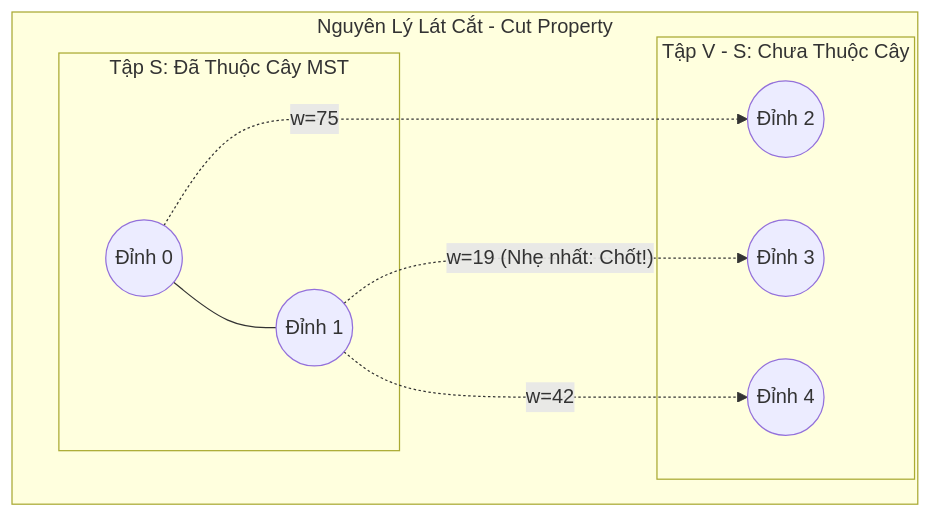
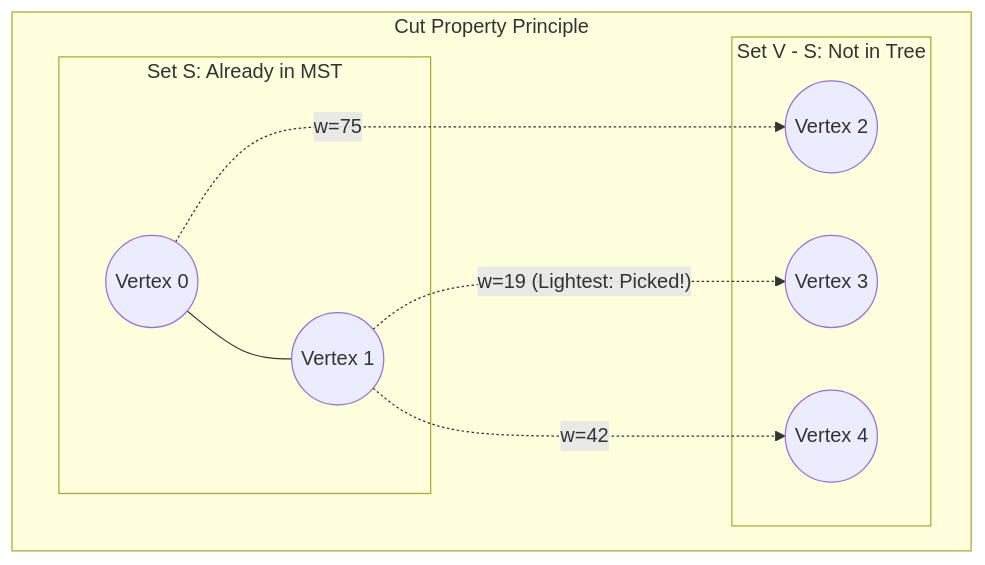
The diagram in src/data/blog/en/45-2026-06-11-prims-minimum-spanning-tree-priority-queue-cut-property-cpp.md (ga2631/ga2631.github.io), drawn with Mermaid before and after one commit. The commit also changed other lines of this file and 74 other files, not shown here.

````diff
--- a/src/data/blog/en/45-2026-06-11-prims-minimum-spanning-tree-priority-queue-cut-property-cpp.md
+++ b/src/data/blog/en/45-2026-06-11-prims-minimum-spanning-tree-priority-queue-cut-property-cpp.md
@@ -48,20 +47,20 @@
 ```mermaid
 graph TD
-    subgraph CutDivision ["Nguyên Lý Lát Cắt - Cut Property"]
-        subgraph SetS ["Tập S: Đã Thuộc Cây MST"]
-            Node0((Đỉnh 0))
-            Node1((Đỉnh 1))
+    subgraph CutDivision ["Cut Property Principle"]
+        subgraph SetS ["Set S: Already in MST"]
+            Node0((Vertex 0))
+            Node1((Vertex 1))
             Node0 --- Node1
         end
 
-        subgraph SetNotS ["Tập V - S: Chưa Thuộc Cây"]
-            Node2((Đỉnh 2))
-            Node3((Đỉnh 3))
-            Node4((Đỉnh 4))
+        subgraph SetNotS ["Set V - S: Not in Tree"]
+            Node2((Vertex 2))
+            Node3((Vertex 3))
+            Node4((Vertex 4))
         end
 
-        Node1 -.->|"w=19 (Nhẹ nhất: Chốt!)"| Node3
+        Node1 -.->|"w=19 (Lightest: Picked!)"| Node3
         Node1 -.->|"w=42"| Node4
         Node0 -.->|"w=75"| Node2
     end
 ```
````
